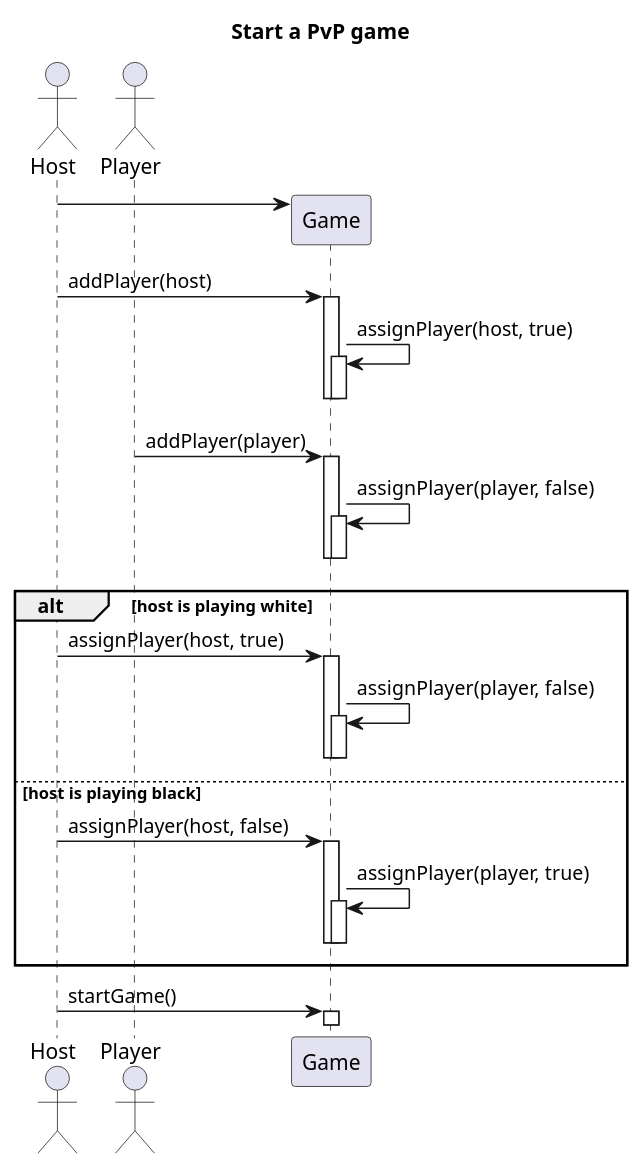
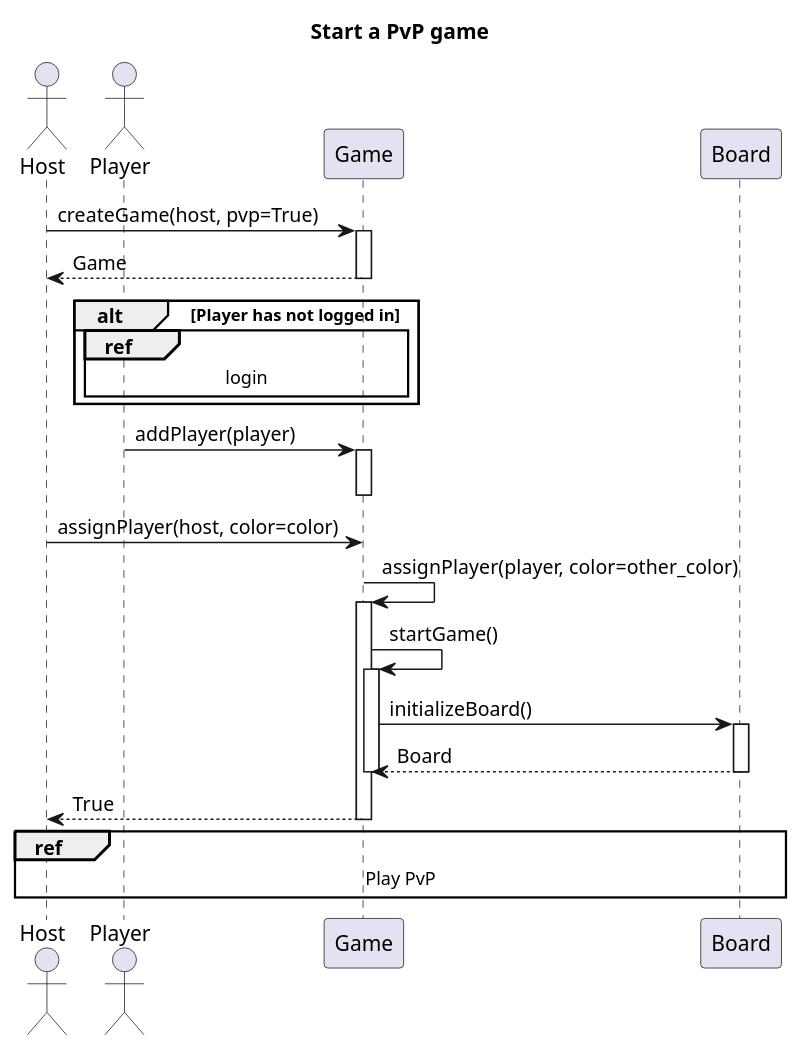
One commit to ECE493-W22-G04/rl-chess changed the diagram in docs/preliminary_design_diagrams/sequence_diagrams/start_pvp.puml. Above: the diagram before and after it, drawn with PlantUML. The commit also changed 2 other files, not shown here.

Commit message:
Match pvp and pvc

```diff
--- a/docs/preliminary_design_diagrams/sequence_diagrams/start_pvp.puml
+++ b/docs/preliminary_design_diagrams/sequence_diagrams/start_pvp.puml
@@ -1,44 +1,36 @@
 @startuml
 
 title Start a PvP game
 
 actor Host
 actor Player
 
-Host -> Game **
-Host -> Game : addPlayer(host)
+Host -> Game : createGame(host, pvp=True)
 activate Game
-Game -> Game : assignPlayer(host, true)
+Game --> Host : Game
+deactivate Game
+
+alt Player has not logged in
+   ref over Player, Game: login
+end
+Player -> Game : addPlayer(player)
 activate Game
 deactivate Game
+
+    Host -> Game : assignPlayer(host, color=color)
+    Game -> Game : assignPlayer(player, color=other_color)
+    activate Game
+    Game -> Game : startGame()
+    activate Game
+Game -> Board : initializeBoard()
+activate Board
+Board --> Game : Board
+deactivate Board
+    deactivate Game
+
+Game --> Host: True
 deactivate Game
 
-Player -> Game : addPlayer(player)
-activate Game
-Game -> Game : assignPlayer(player, false)
-activate Game
-deactivate Game
-deactivate Game
-
-alt host is playing white
-    Host -> Game : assignPlayer(host, true)
-    activate Game
-    Game -> Game : assignPlayer(player, false)
-    activate Game
-    deactivate Game
-    deactivate Game
-else host is playing black
-    Host -> Game : assignPlayer(host, false)
-    activate Game
-    Game -> Game : assignPlayer(player, true)
-    activate Game
-    deactivate Game
-    deactivate Game
-end
-
-Host -> Game : startGame()
-activate Game
-
-' TODO: Add reference to play game here
+ref over Host, Player, Game, Board : Play PvP
 
 @enduml
```
